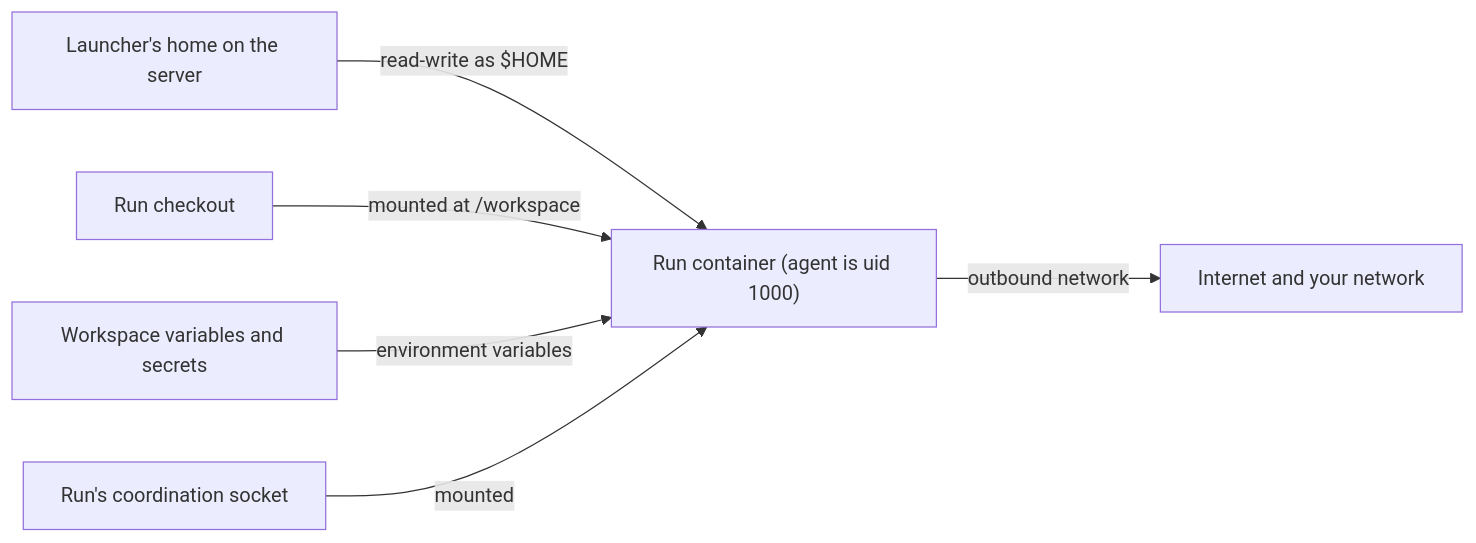
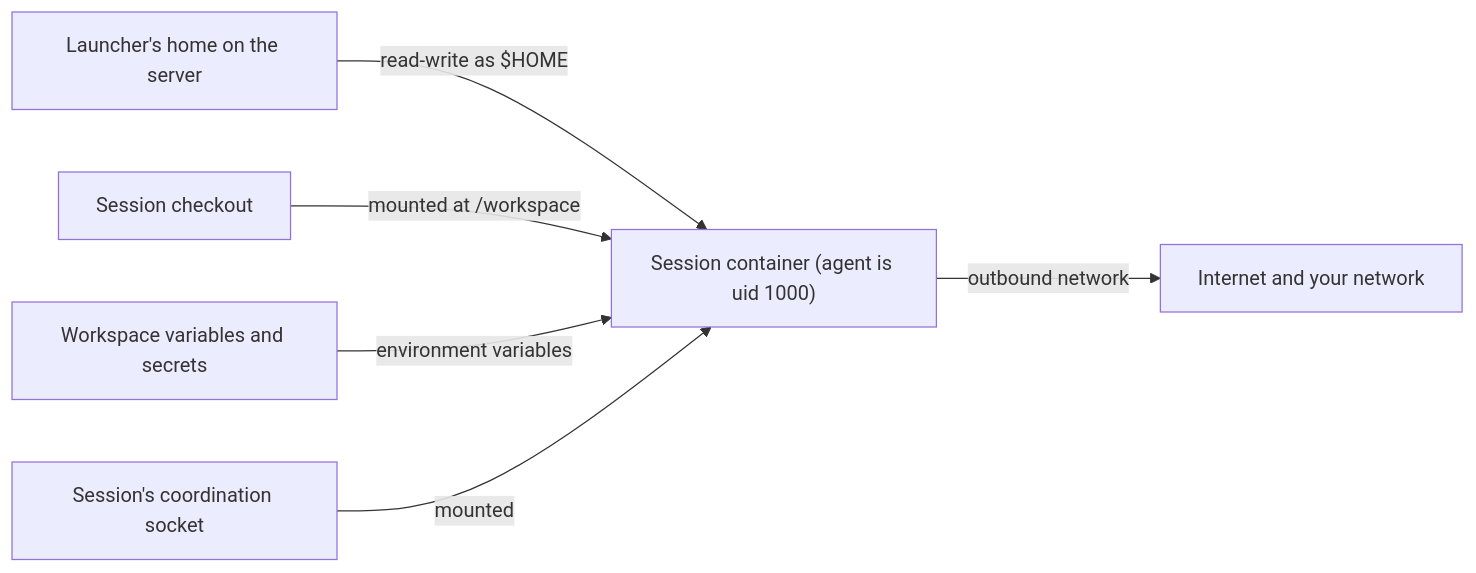
The diagram in docs/security.md (3xDevOps/aether), drawn with Mermaid before and after one commit. The commit also changed other lines of this file and 845 other files, not shown here.

````diff
--- a/docs/security.md
+++ b/docs/security.md
@@ -77,8 +77,8 @@
 ```mermaid
 flowchart LR
-  home["Launcher's home on the server"] -- "read-write as $HOME" --> run["Run container (agent is uid 1000)"]
-  checkout["Run checkout"] -- "mounted at /workspace" --> run
+  home["Launcher's home on the server"] -- "read-write as $HOME" --> run["Session container (agent is uid 1000)"]
+  checkout["Session checkout"] -- "mounted at /workspace" --> run
   secrets["Workspace variables and secrets"] -- "environment variables" --> run
-  coord["Run's coordination socket"] -- "mounted" --> run
+  coord["Session's coordination socket"] -- "mounted" --> run
   run -- "outbound network" --> net["Internet and your network"]
 ```
````
